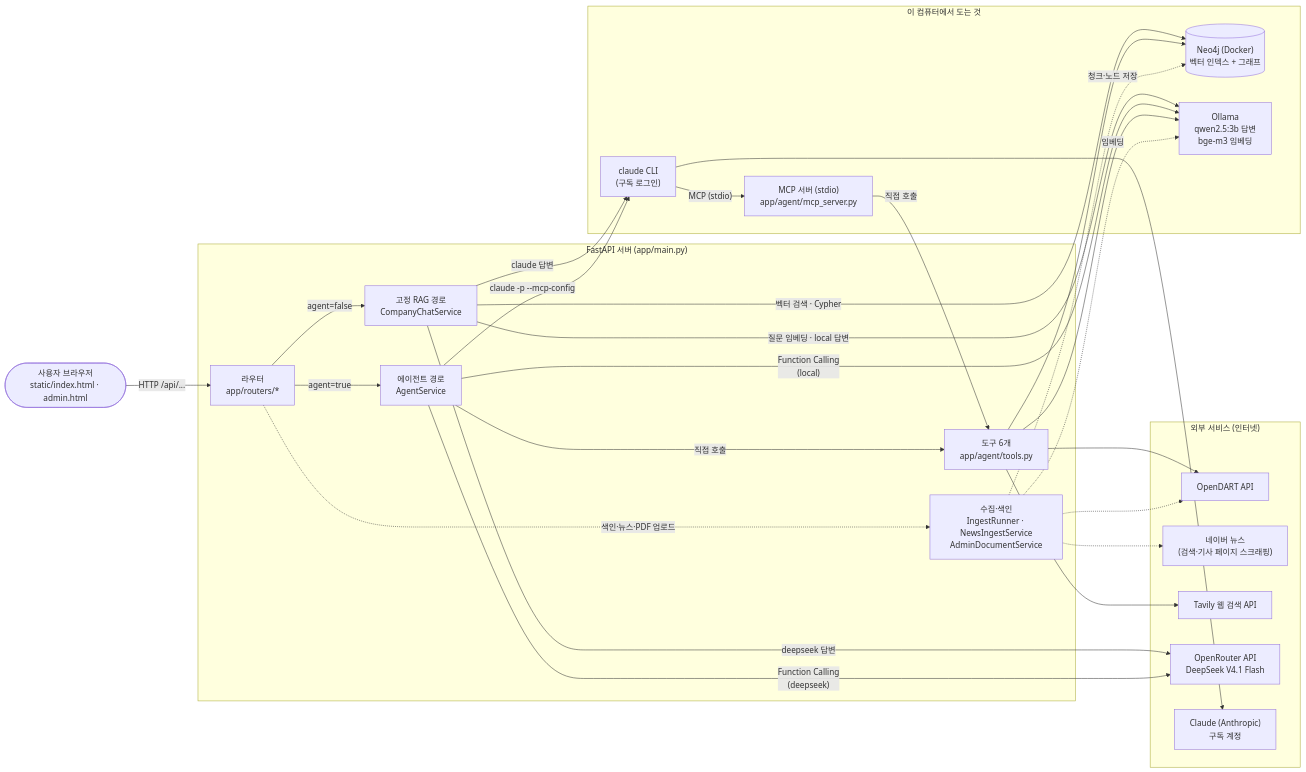
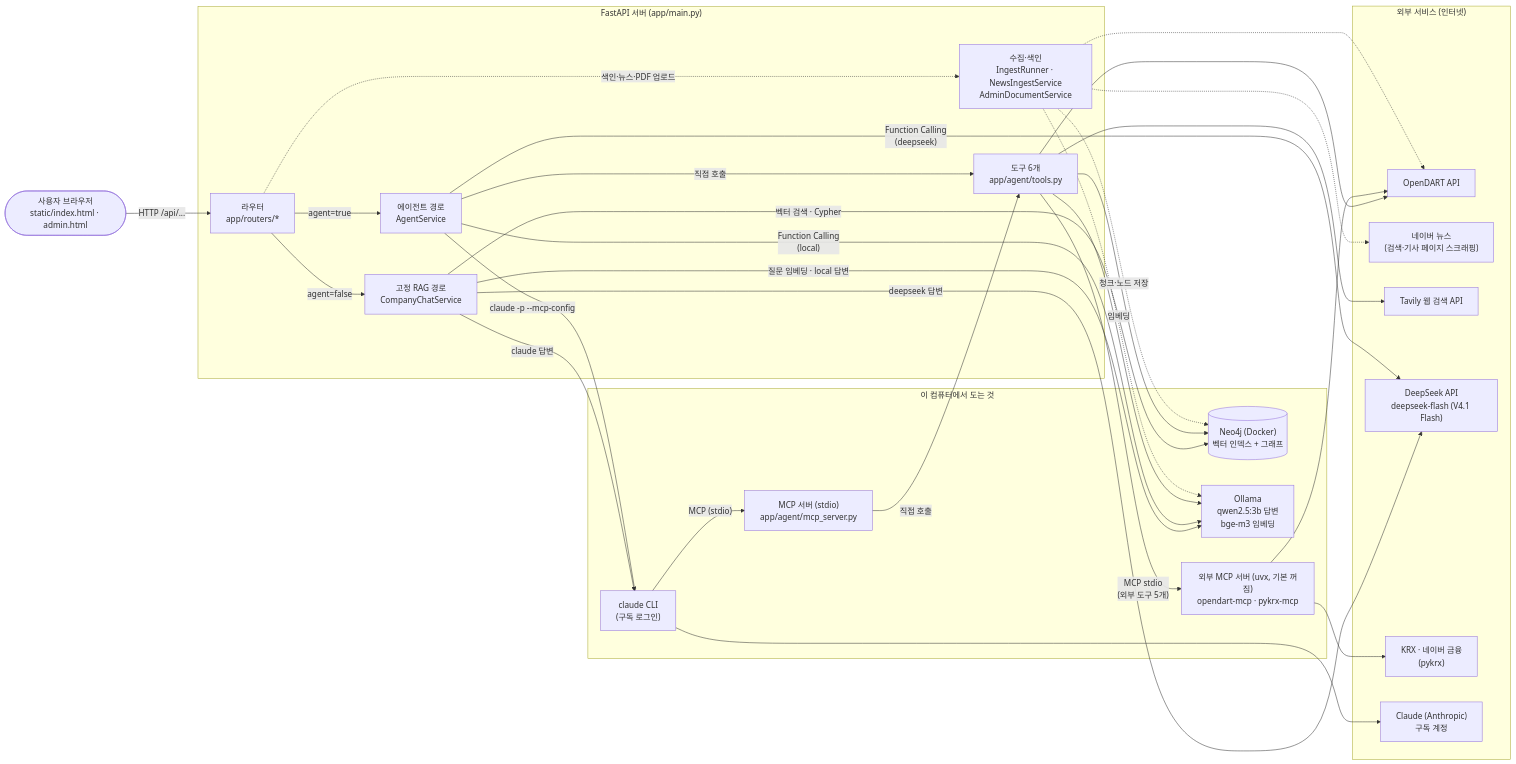
One commit to Daniel0915/rag-company-report-py changed the first of 6 diagrams in docs/architecture.md. Above: the diagram before and after it, drawn with Mermaid. The commit also changed other lines of this file and 2 other files, not shown here.

Commit message:
docs: 외부 MCP 도구 구조, 설정, 이력

````diff
--- a/docs/architecture.md
+++ b/docs/architecture.md
@@ -9,55 +9,60 @@
 ```mermaid
 flowchart LR
     user(["사용자 브라우저<br/>static/index.html · admin.html"])
 
     subgraph server["FastAPI 서버 (app/main.py)"]
         routers["라우터<br/>app/routers/*"]
         chat["고정 RAG 경로<br/>CompanyChatService"]
         agent["에이전트 경로<br/>AgentService"]
         tools["도구 6개<br/>app/agent/tools.py"]
         ingest["수집·색인<br/>IngestRunner · NewsIngestService<br/>AdminDocumentService"]
     end
 
     subgraph local["이 컴퓨터에서 도는 것"]
         neo4j[("Neo4j (Docker)<br/>벡터 인덱스 + 그래프")]
         ollama["Ollama<br/>qwen2.5:3b 답변<br/>bge-m3 임베딩"]
         cli["claude CLI<br/>(구독 로그인)"]
         mcp["MCP 서버 (stdio)<br/>app/agent/mcp_server.py"]
+        extmcp["외부 MCP 서버 (uvx, 기본 꺼짐)<br/>opendart-mcp · pykrx-mcp"]
     end
 
     subgraph external["외부 서비스 (인터넷)"]
         dart["OpenDART API"]
         naver["네이버 뉴스<br/>(검색·기사 페이지 스크래핑)"]
         tavily["Tavily 웹 검색 API"]
-        openrouter["OpenRouter API<br/>DeepSeek V4.1 Flash"]
+        openrouter["DeepSeek API<br/>deepseek-flash (V4.1 Flash)"]
+        krx["KRX · 네이버 금융<br/>(pykrx)"]
         anthropic["Claude (Anthropic)<br/>구독 계정"]
     end
 
     user -->|"HTTP /api/..."| routers
     routers -->|"agent=false"| chat
     routers -->|"agent=true"| agent
     routers -.->|"색인·뉴스·PDF 업로드"| ingest
 
     chat -->|"벡터 검색 · Cypher"| neo4j
     chat -->|"질문 임베딩 · local 답변"| ollama
     chat -->|"deepseek 답변"| openrouter
     chat -->|"claude 답변"| cli
 
     agent -->|"Function Calling<br/>(local)"| ollama
     agent -->|"Function Calling<br/>(deepseek)"| openrouter
     agent -->|"claude -p --mcp-config"| cli
     agent -->|"직접 호출"| tools
     cli -->|"MCP (stdio)"| mcp
     mcp -->|"직접 호출"| tools
     cli --> anthropic
 
     tools --> neo4j
     tools --> ollama
     tools --> dart
     tools --> tavily
+    tools -->|"MCP stdio<br/>(외부 도구 5개)"| extmcp
+    extmcp --> dart
+    extmcp --> krx
 
     ingest -.-> dart
     ingest -.-> naver
     ingest -.->|"임베딩"| ollama
     ingest -.->|"청크·노드 저장"| neo4j
 ```
````
